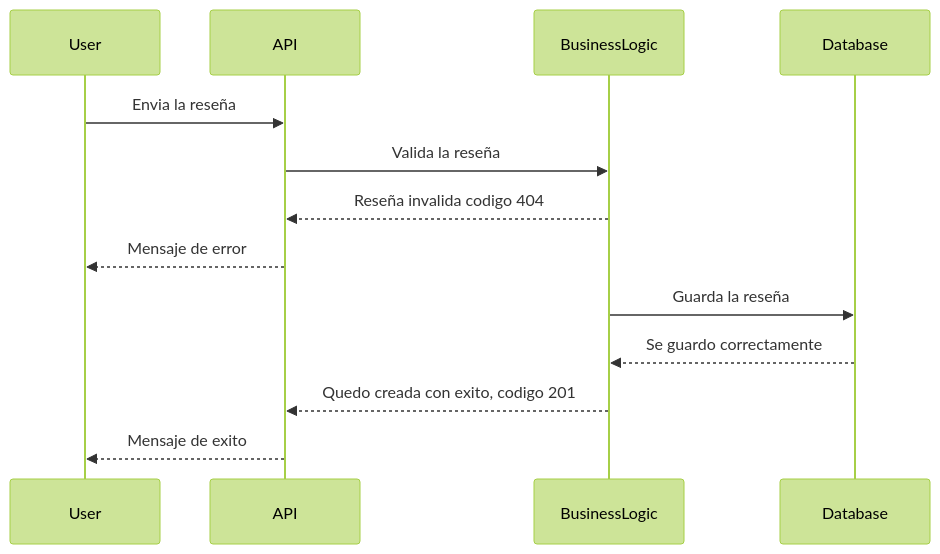
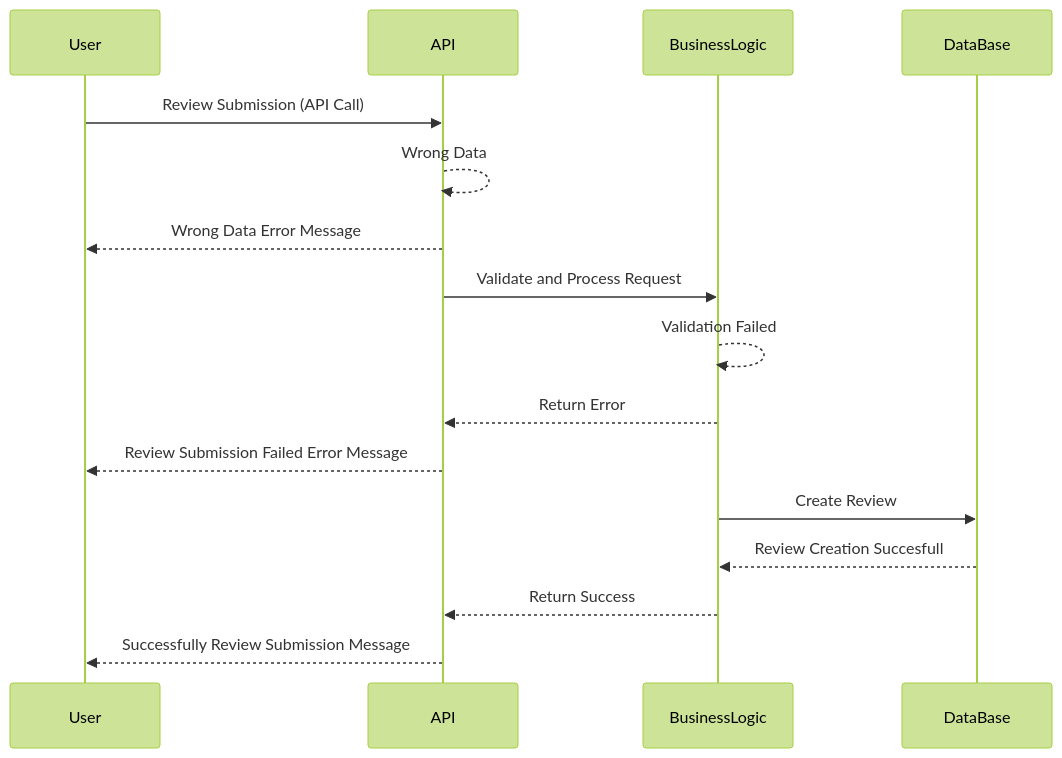
Before and after one commit to feratholberton/holbertonschool-hbnb: the fifth of 6 diagrams in README.md, drawn with Mermaid (forest theme). The commit also changed other lines of this file, not shown here.

Commit message:
Review Submission sequence

````diff
--- a/README.md
+++ b/README.md
@@ -210,16 +210,21 @@
 ```mermaid
 sequenceDiagram
 participant User
 participant API
 participant BusinessLogic
-participant Database
+participant DataBase
 
-User->>API: Envia la reseña
-API->>BusinessLogic: Valida la reseña
-BusinessLogic -->> API: Reseña invalida codigo 404
-API -->> User: Mensaje de error 
-BusinessLogic ->> Database: Guarda la reseña
-Database-->>BusinessLogic: Se guardo correctamente 
-BusinessLogic-->>API: Quedo creada con exito, codigo 201 
-API-->>User: Mensaje de exito 
+User ->> API : Review Submission (API Call)
+API -->> API : Wrong Data
+API -->> User : Wrong Data Error Message
+
+API ->> BusinessLogic : Validate and Process Request
+BusinessLogic -->> BusinessLogic : Validation Failed
+BusinessLogic -->> API : Return Error
+API -->> User : Review Submission Failed Error Message
+
+BusinessLogic ->> DataBase : Create Review
+DataBase -->> BusinessLogic : Review Creation Succesfull
+BusinessLogic -->> API : Return Success
+API -->> User : Successfully Review Submission Message
 ```
````
